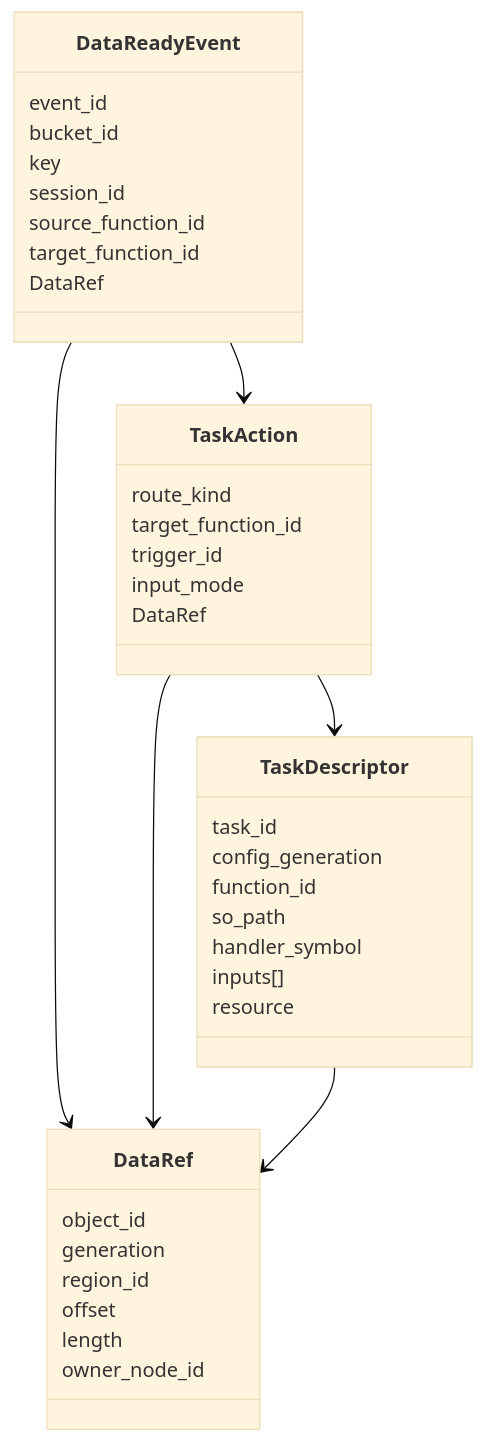
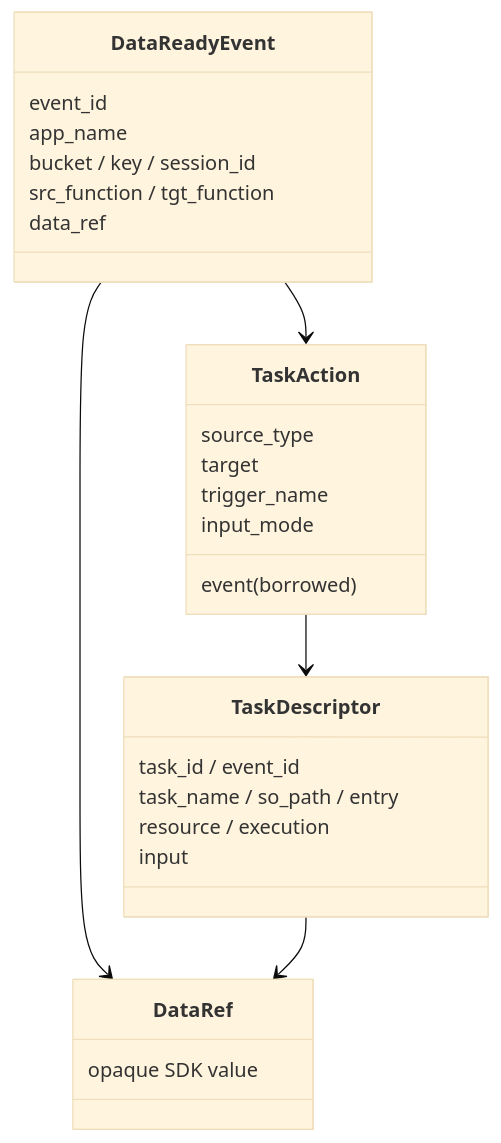
The first of 2 diagrams in docs/appendix/D-数据结构与错误码.md (10wvw01/Pheromone-mini), drawn with Mermaid (base theme) before and after one commit. The commit also changed other lines of this file and 18 other files, not shown here.

````diff
--- a/docs/appendix/D-数据结构与错误码.md
+++ b/docs/appendix/D-数据结构与错误码.md
@@ -5,41 +7,30 @@
 ```mermaid
 classDiagram
     class DataReadyEvent {
       event_id
-      bucket_id
-      key
-      session_id
-      source_function_id
-      target_function_id
-      DataRef
+      app_name
+      bucket / key / session_id
+      src_function / tgt_function
+      data_ref
     }
     class TaskAction {
-      route_kind
-      target_function_id
-      trigger_id
+      source_type
+      target
+      trigger_name
       input_mode
-      DataRef
+      event (borrowed)
     }
     class TaskDescriptor {
-      task_id
-      config_generation
-      function_id
-      so_path
-      handler_symbol
-      inputs[]
-      resource
+      task_id / event_id
+      task_name / so_path / entry
+      resource / execution
+      input
     }
     class DataRef {
-      object_id
-      generation
-      region_id
-      offset
-      length
-      owner_node_id
+      opaque SDK value
     }
     DataReadyEvent --> TaskAction
     TaskAction --> TaskDescriptor
     DataReadyEvent --> DataRef
-    TaskAction --> DataRef
     TaskDescriptor --> DataRef
 ```
````
